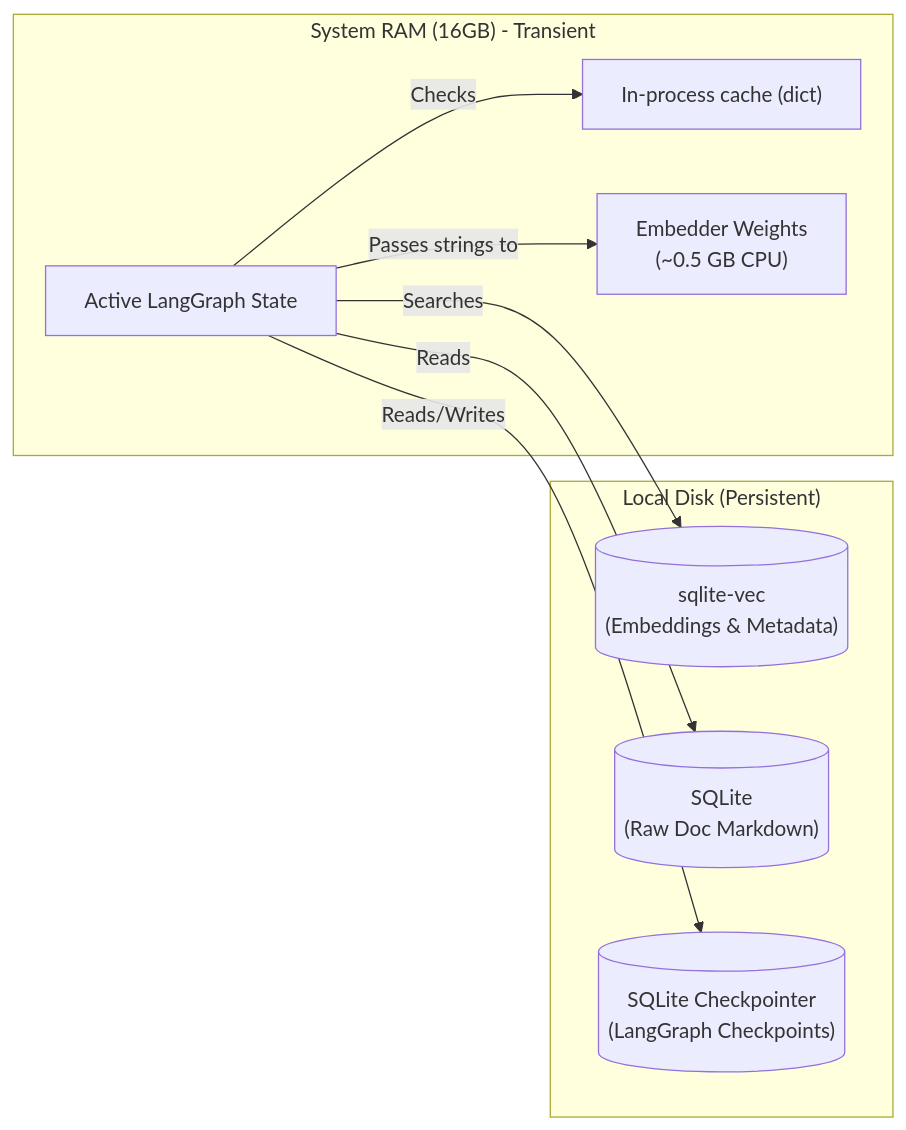
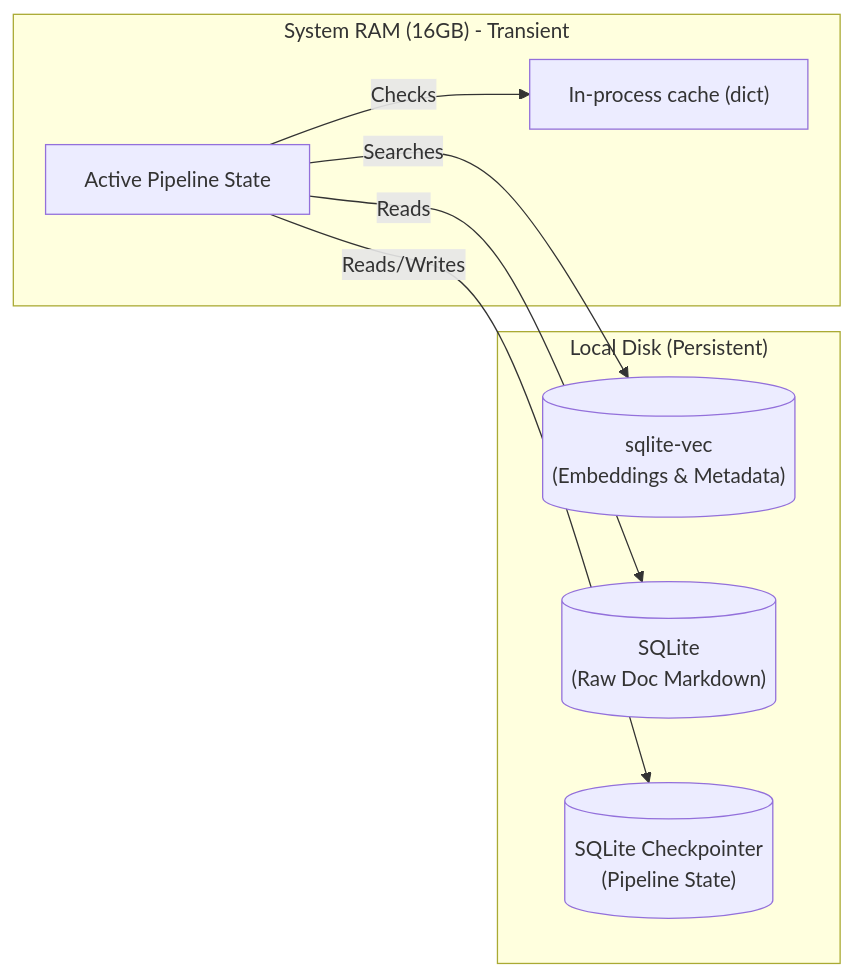
The sixth of 7 diagrams in rag_final_architecture_2026.md (dpsdagain/RAG), drawn with Mermaid before and after one commit. The commit also changed other lines of this file, not shown here.

Commit message:
docs: fix mermaid syntax and update remaining architecture diagrams

````diff
--- a/rag_final_architecture_2026.md
+++ b/rag_final_architecture_2026.md
@@ -168,20 +169,18 @@
 ```mermaid
 graph LR
     subgraph "Local Disk (Persistent)"
         VDB[("sqlite-vec<br>(Embeddings & Metadata)")]
         SQL[("SQLite<br>(Raw Doc Markdown)")]
-        PG[("SQLite Checkpointer<br>(LangGraph Checkpoints)")]
+        PG[("SQLite Checkpointer<br>(Pipeline State)")]
     end
     
     subgraph "System RAM (16GB) - Transient"
         InMemCache["In-process cache (dict)"]
-        ActiveGraph["Active LangGraph State"]
-        EmbModel["Embedder Weights<br>(~0.5 GB CPU)"]
+        ActivePipe["Active Pipeline State"]
     end
 
-    ActiveGraph -->|Reads/Writes| PG
-    ActiveGraph -->|Reads| SQL
-    ActiveGraph -->|Searches| VDB
-    ActiveGraph -->|Checks| InMemCache
-    ActiveGraph -->|Passes strings to| EmbModel
+    ActivePipe -->|Reads/Writes| PG
+    ActivePipe -->|Reads| SQL
+    ActivePipe -->|Searches| VDB
+    ActivePipe -->|Checks| InMemCache
 ```
````
